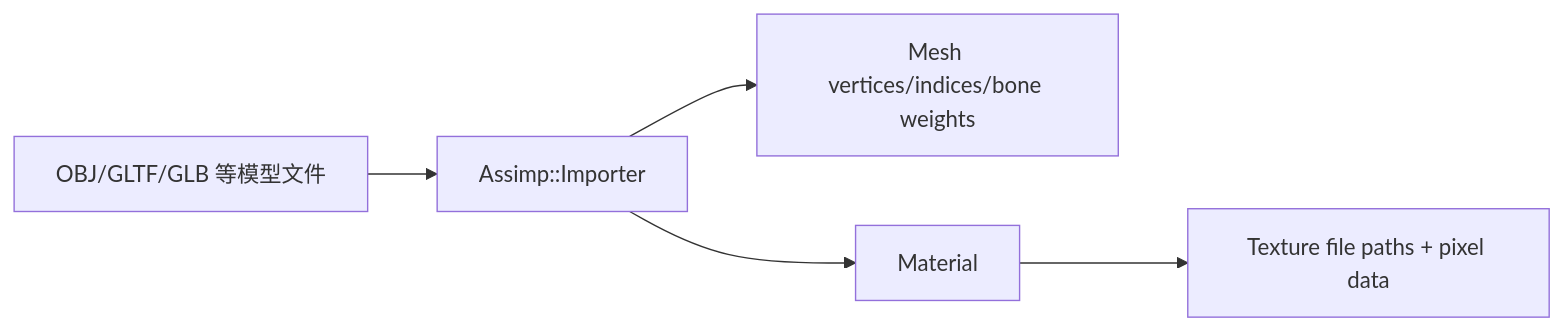
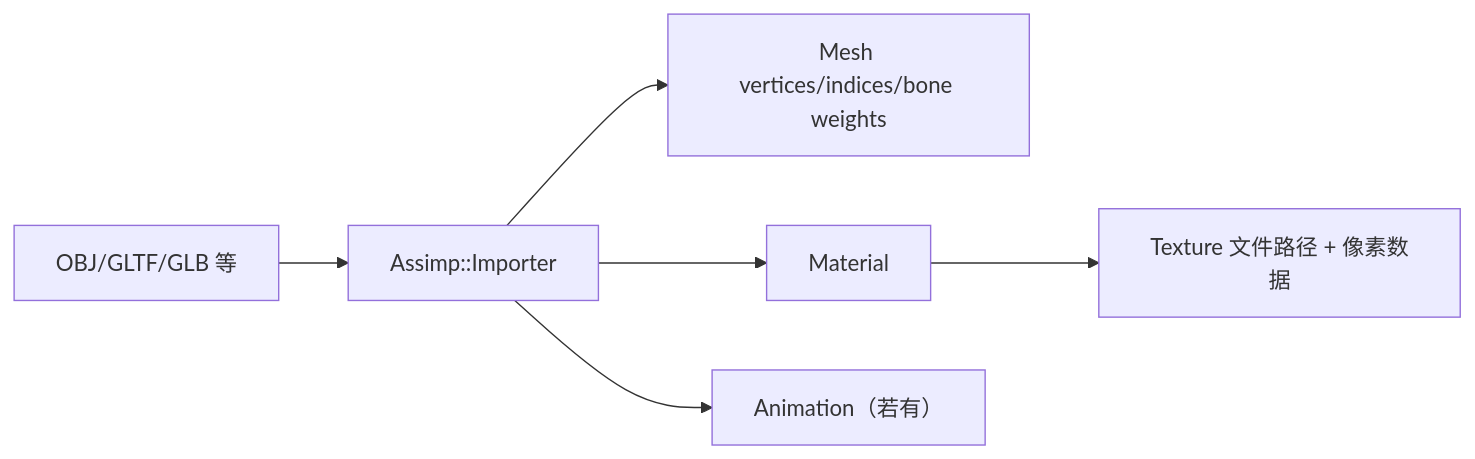
One commit to xp-Yang/XPYEngine changed the fourth of 7 diagrams in docs/资源管理.md. Above: the diagram before and after it, drawn with Mermaid. The commit also changed other lines of this file and 4 other files, not shown here.

````diff
--- a/docs/资源管理.md
+++ b/docs/资源管理.md
@@ -288,7 +256,8 @@
 ```mermaid
 flowchart LR
-    ModelFile["OBJ/GLTF/GLB 等模型文件"] --> Assimp["Assimp::Importer"]
+    ModelFile["OBJ/GLTF/GLB 等"] --> Assimp["Assimp::Importer"]
     Assimp --> Mesh["Mesh vertices/indices/bone weights"]
     Assimp --> Material["Material"]
-    Material --> Texture["Texture file paths + pixel data"]
+    Material --> Texture["Texture 文件路径 + 像素数据"]
+    Assimp --> Anim["Animation（若有）"]
 ```
````
